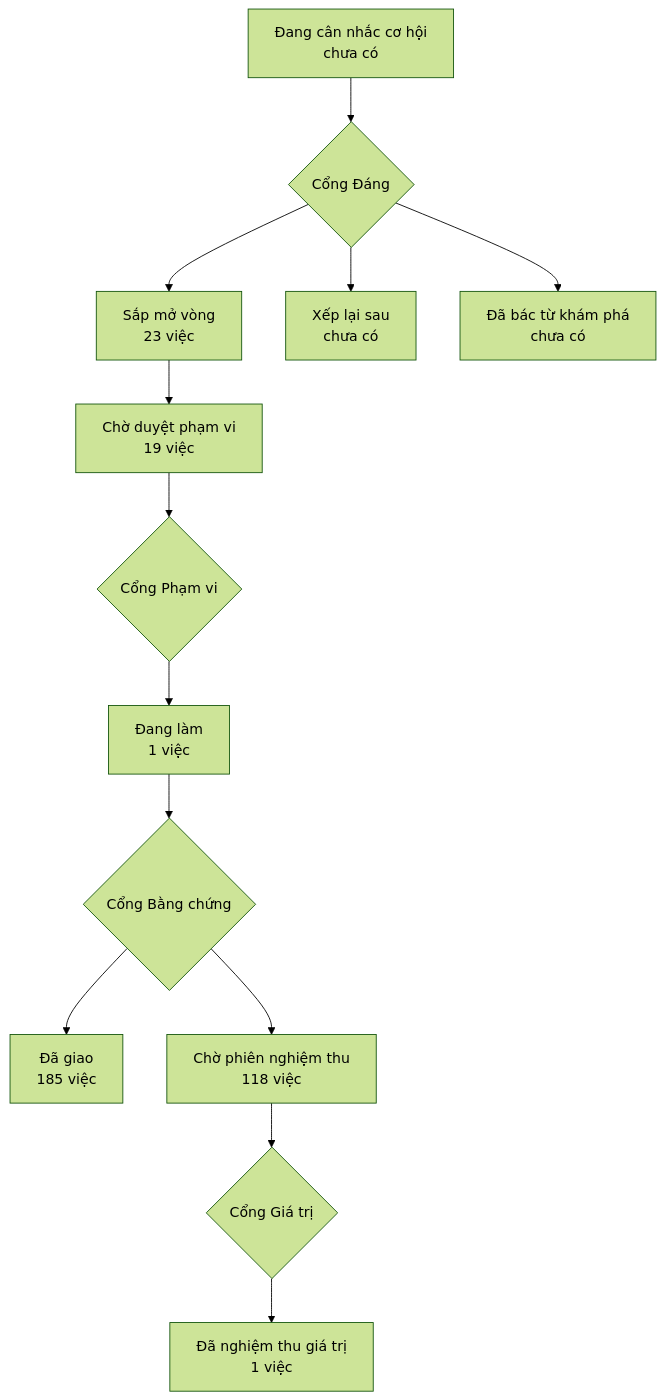
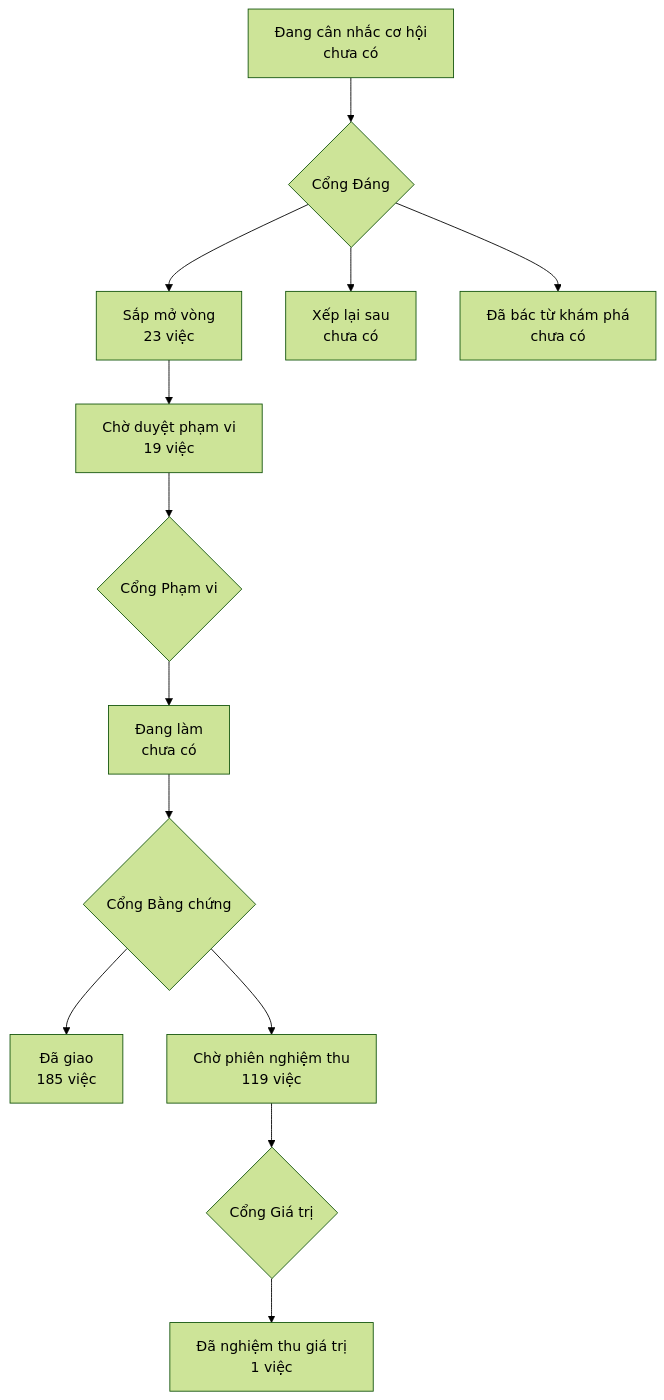
Before and after one commit to phanlemanh/onehub-invest: the diagram in PRODUCT-MAP.md, drawn with Mermaid (forest theme). The commit also changed other lines of this file and 4 other files, not shown here.

````diff
--- a/PRODUCT-MAP.md
+++ b/PRODUCT-MAP.md
@@ -7,12 +7,12 @@
 ```mermaid
 flowchart TD
   A["Đang cân nhắc cơ hội<br/>chưa có"] --> GD{"Cổng Đáng"}
   GD --> B["Sắp mở vòng<br/>23 việc"]
   GD --> XL["Xếp lại sau<br/>chưa có"]
   GD --> DB["Đã bác từ khám phá<br/>chưa có"]
   B --> CD["Chờ duyệt phạm vi<br/>19 việc"] --> GP{"Cổng Phạm vi"}
-  GP --> DL["Đang làm<br/>1 việc"] --> GB{"Cổng Bằng chứng"}
+  GP --> DL["Đang làm<br/>chưa có"] --> GB{"Cổng Bằng chứng"}
   GB --> DG["Đã giao<br/>185 việc"]
-  GB --> CN["Chờ phiên nghiệm thu<br/>118 việc"] --> GG{"Cổng Giá trị"}
+  GB --> CN["Chờ phiên nghiệm thu<br/>119 việc"] --> GG{"Cổng Giá trị"}
   GG --> NT["Đã nghiệm thu giá trị<br/>1 việc"]
 ```
````
